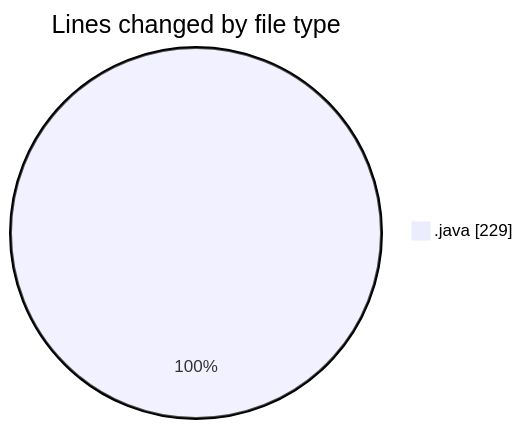
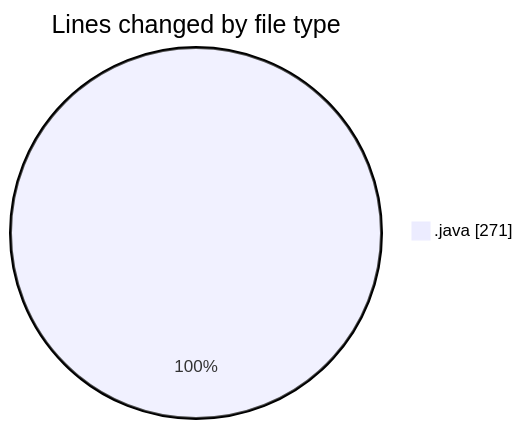
The first of 2 diagrams in 2026-05-26/cilapp/README.md (ricardozamudiocil/code-tracking), drawn with Mermaid before and after one commit. The commit also changed other lines of this file and 1 other file, not shown here.

````diff
--- a/2026-05-26/cilapp/README.md
+++ b/2026-05-26/cilapp/README.md
@@ -20,5 +20,5 @@
 ```mermaid
 pie showData
 title Lines changed by file type
-".java" : 229
+".java" : 271
 ```
````
